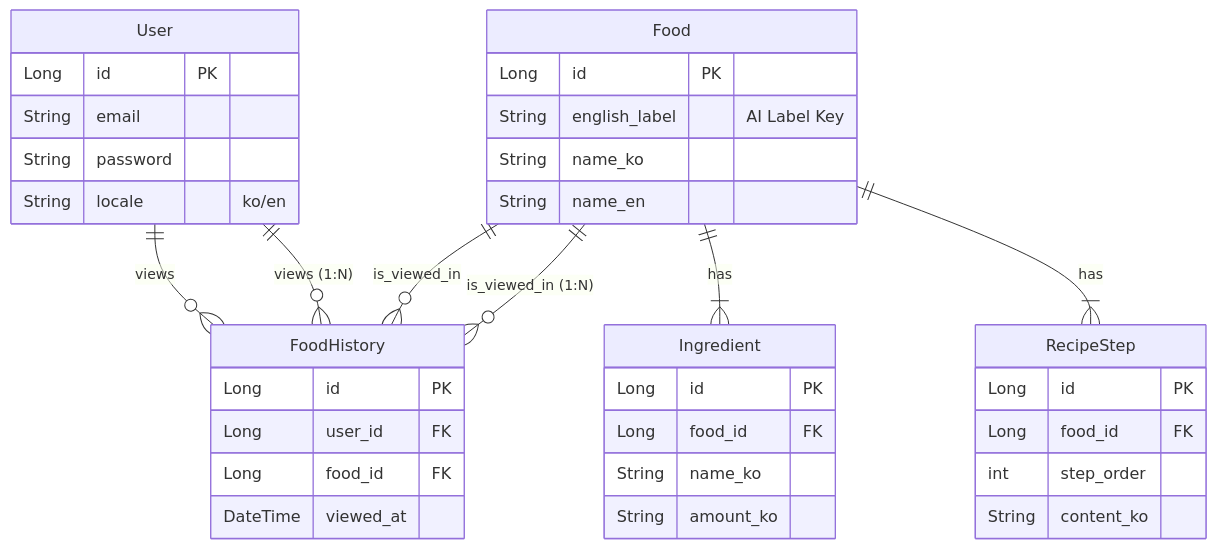
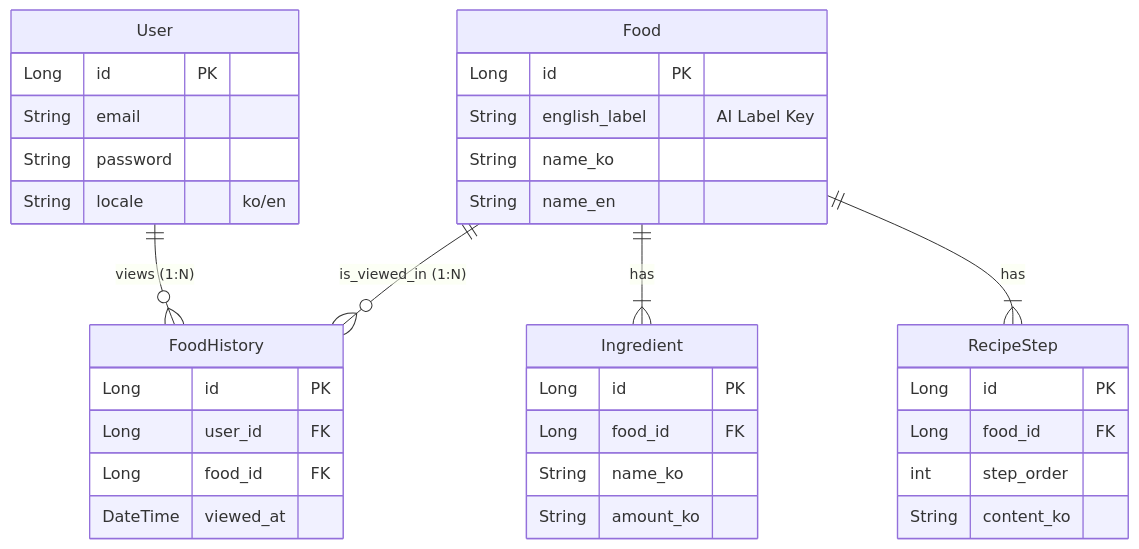
One commit to ChoeTaeWoon/food_detect changed the second of 2 diagrams in README.md. Above: the diagram before and after it, drawn with Mermaid.

````diff
--- a/README.md
+++ b/README.md
@@ -49,45 +49,45 @@
 ```mermaid
 erDiagram
-User ||--o{ FoodHistory : "views"
- User ||--o{ FoodHistory : "views (1:N)"  
-Food ||--o{ FoodHistory : "is_viewed_in"
+
+User ||--o{ FoodHistory : "views (1:N)"  
+
 Food ||--|{ Ingredient : "has"
 Food ||--|{ RecipeStep : "has"
 Food ||--o{ FoodHistory : "is_viewed_in (1:N)"
 User {
     Long id PK
     String email
     String password
     String locale "ko/en"
 }
 
 Food {
     Long id PK
     String english_label "AI Label Key"
     String name_ko
     String name_en
 }
 
 Ingredient {
     Long id PK
     Long food_id FK
     String name_ko
     String amount_ko
 }
 
 RecipeStep {
     Long id PK
     Long food_id FK
     int step_order
     String content_ko
 }
 
 
  FoodHistory {
         Long id PK
         Long user_id FK
         Long food_id FK
         DateTime viewed_at
     }
 
 ```
````
